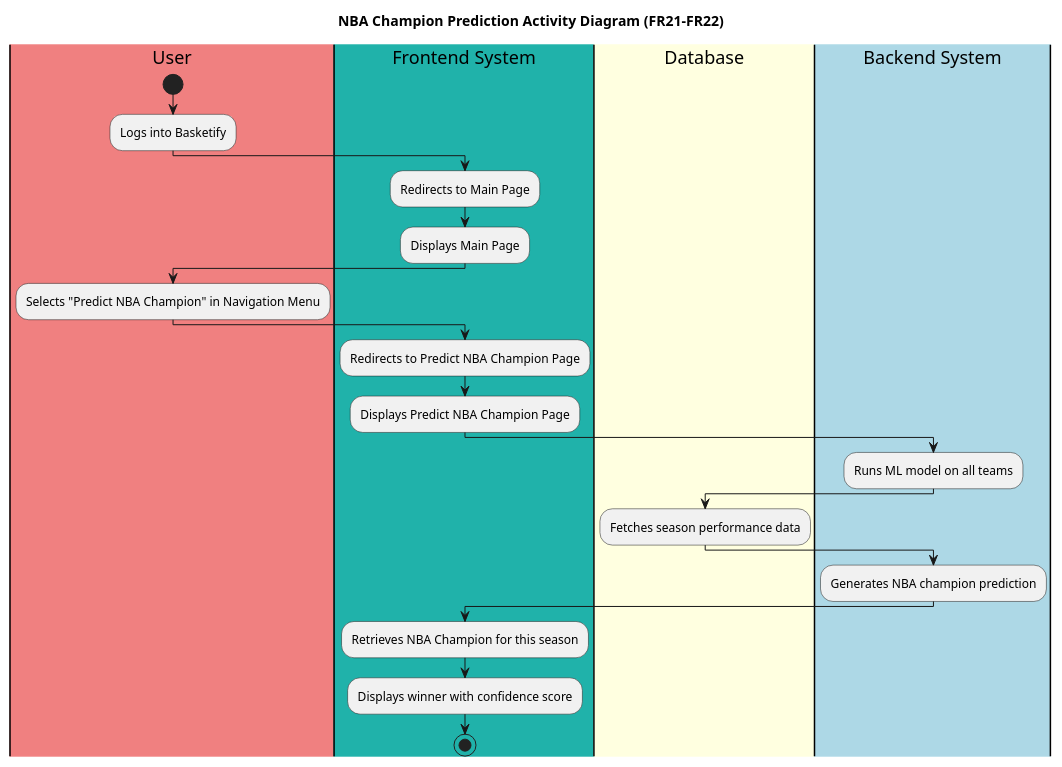
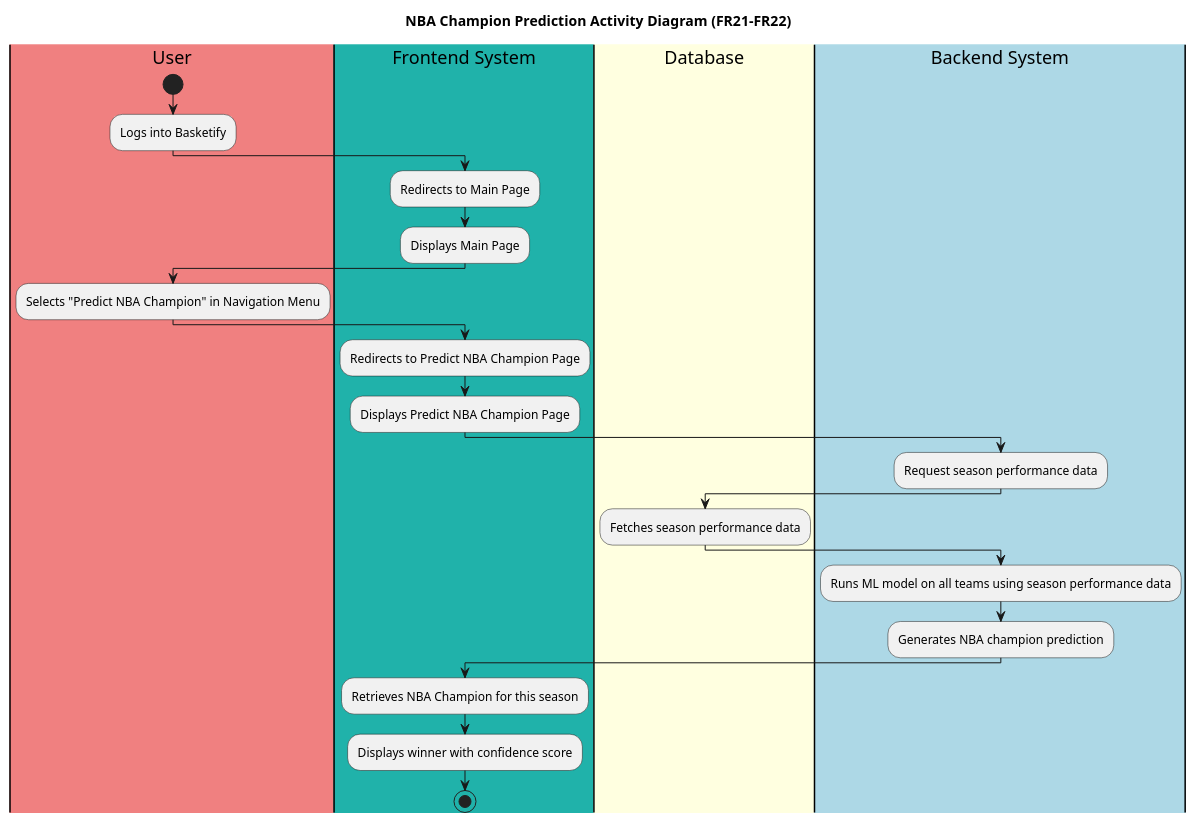
The diagram in diagrams/Activity/predictnbachampion.puml (arongu321/Basketify_SBX), drawn with PlantUML before and after one commit. The commit also changed 15 other files, not shown here.

Commit message:
Exported prelim design diagrams

```diff
--- a/diagrams/Activity/predictnbachampion.puml
+++ b/diagrams/Activity/predictnbachampion.puml
@@ -1,30 +1,31 @@
 @startuml PredictNBAChampion
 title NBA Champion Prediction Activity Diagram (FR21-FR22)
 |#LightCoral|User|
 |#LightSeaGreen|Frontend System|
 |#LightYellow|Database|
 |#LightBlue|Backend System|
 |User|
 start
 :Logs into Basketify;
 |Frontend System|
 :Redirects to Main Page;
 :Displays Main Page;
 |User|
 :Selects "Predict NBA Champion" in Navigation Menu;
 |Frontend System|
 :Redirects to Predict NBA Champion Page;
 :Displays Predict NBA Champion Page;
-
 |Backend System|
-:Runs ML model on all teams;
+:Request season performance data;
 |Database|
 :Fetches season performance data;
+|Backend System|
+:Runs ML model on all teams using season performance data;
 
 |Backend System|
 :Generates NBA champion prediction;
 |Frontend System|
 :Retrieves NBA Champion for this season;
 :Displays winner with confidence score;
 stop
 @enduml
```
